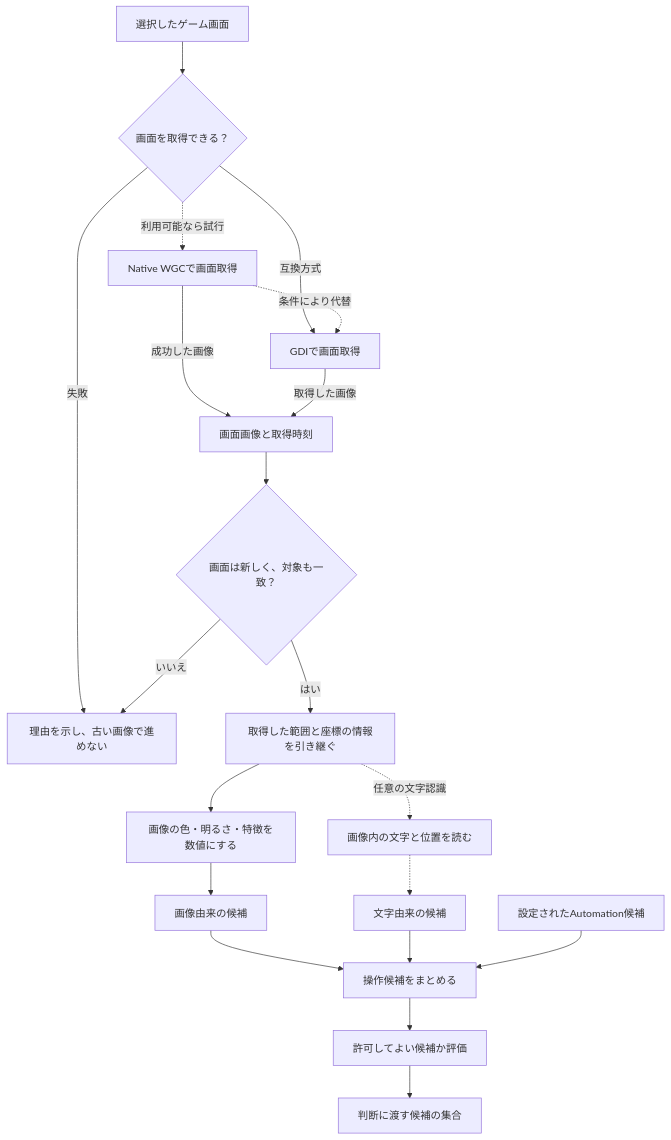
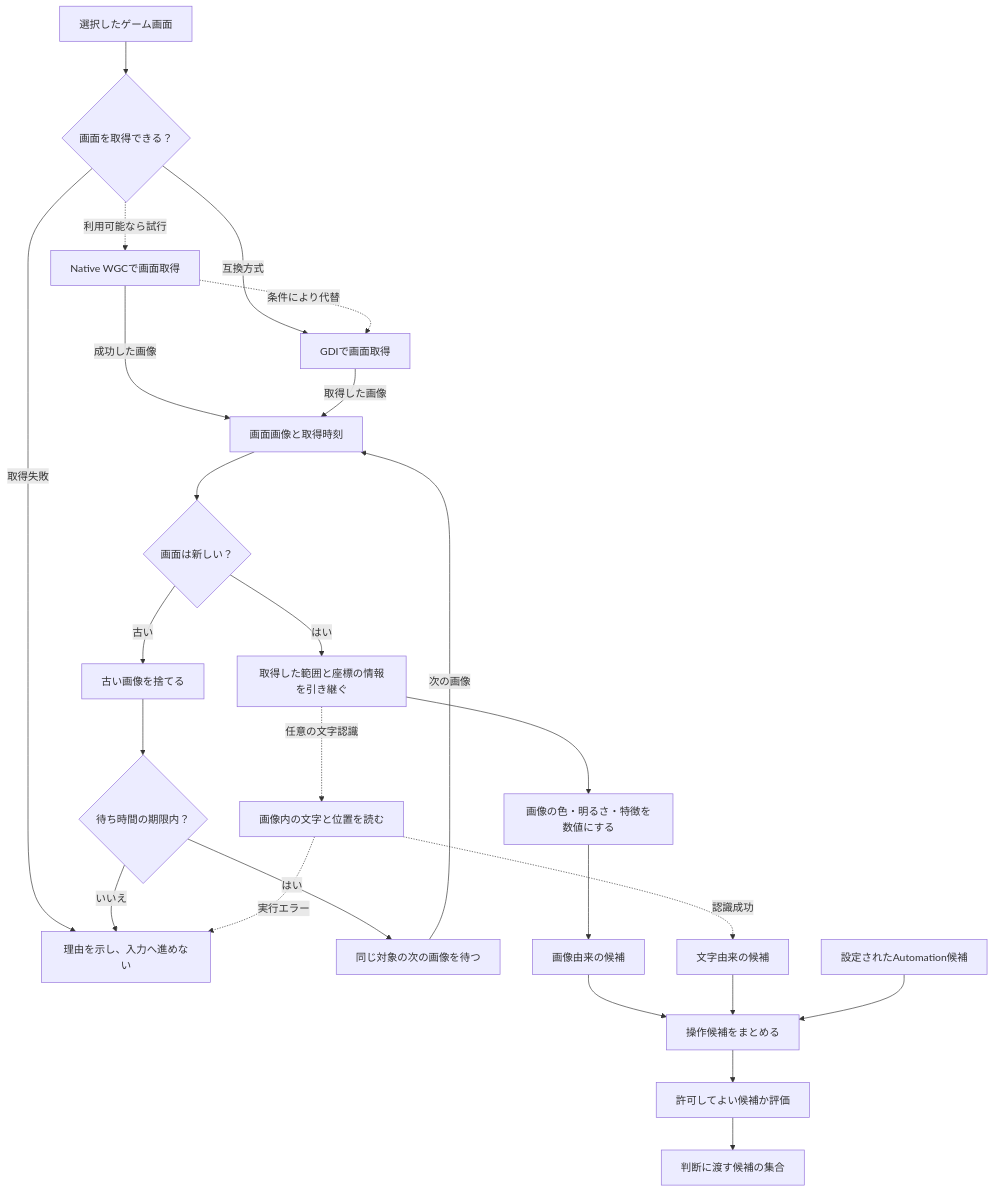
Before and after one commit to tomiya7688/AI_game_player: the first of 2 diagrams in doc/guide/recognition.md, drawn with Mermaid. The commit also changed other lines of this file, not shown here.

````diff
--- a/doc/guide/recognition.md
+++ b/doc/guide/recognition.md
@@ -11,22 +11,27 @@
 ```mermaid
 flowchart TD
     W["選択したゲーム画面"] --> A{"画面を取得できる？"}
     A -.->|利用可能なら試行| WGC["Native WGCで画面取得"]
     A -->|互換方式| GDI["GDIで画面取得"]
     WGC -->|成功した画像| F["画面画像と取得時刻"]
     WGC -.->|条件により代替| GDI
     GDI -->|取得した画像| F
-    A -->|失敗| N["理由を示し、古い画像で進めない"]
-    F --> T{"画面は新しく、対象も一致？"}
-    T -->|いいえ| N
+    A -->|取得失敗| N["理由を示し、入力へ進めない"]
+    F --> T{"画面は新しい？"}
+    T -->|古い| Q["古い画像を捨てる"]
+    Q --> B{"待ち時間の期限内？"}
+    B -->|はい| WAIT["同じ対象の次の画像を待つ"]
+    WAIT -->|次の画像| F
+    B -->|いいえ| N
     T -->|はい| ROI["取得した範囲と座標の情報を引き継ぐ"]
     ROI --> I["画像の色・明るさ・特徴を数値にする"]
     ROI -.->|任意の文字認識| O["画像内の文字と位置を読む"]
     I --> C["画像由来の候補"]
-    O -.-> D["文字由来の候補"]
+    O -.->|認識成功| D["文字由来の候補"]
+    O -.->|実行エラー| N
     C --> M["操作候補をまとめる"]
     D --> M
     Z["設定されたAutomation候補"] --> M
     M --> E["許可してよい候補か評価"]
     E --> J["判断に渡す候補の集合"]
 ```
````
